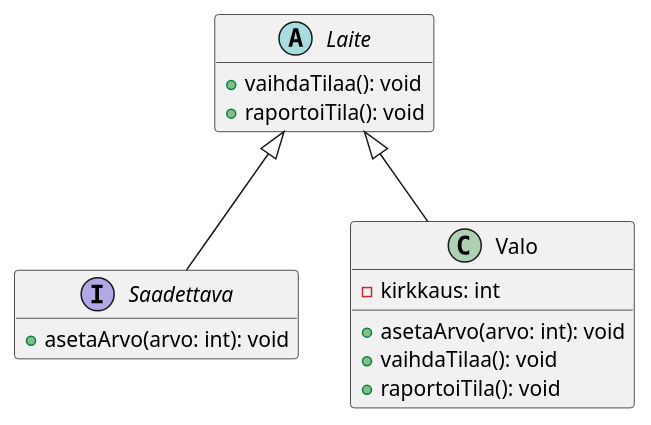
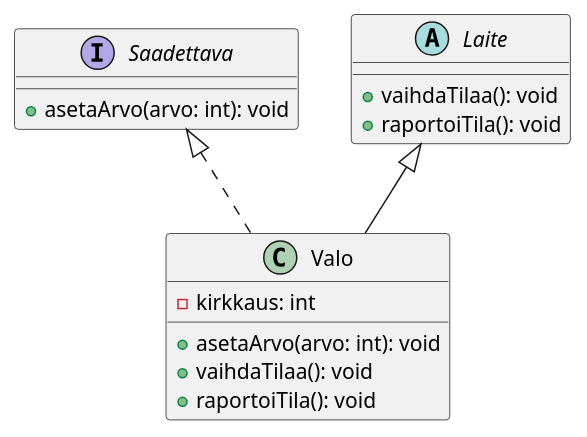
The diagram in src/osa3/04-rajapinta.md (ohj-perus-jy/ohj2), drawn with PlantUML before and after one commit. The commit also changed other lines of this file and 2 other files, not shown here.

Commit message:
More yapping about interfaces. And fix uml

````diff
--- a/src/osa3/04-rajapinta.md
+++ b/src/osa3/04-rajapinta.md
@@ -110,20 +109,22 @@
 ```plantuml
 @startuml
-hide empty members
 interface Saadettava {
     +asetaArvo(arvo: int): void
 }
+
 abstract class Laite {
     +vaihdaTilaa(): void
     +raportoiTila(): void
 }
 
 class Valo {
     -kirkkaus: int
     +asetaArvo(arvo: int): void
     +vaihdaTilaa(): void
     +raportoiTila(): void
 }
+
 Laite <|-- Valo
-Laite <|-- Saadettava
+Saadettava <|.. Valo
+@enduml
 ```
````
